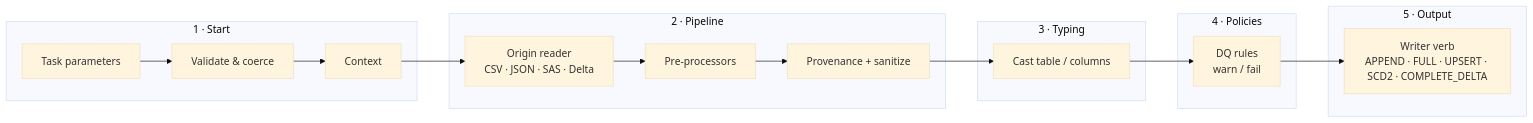
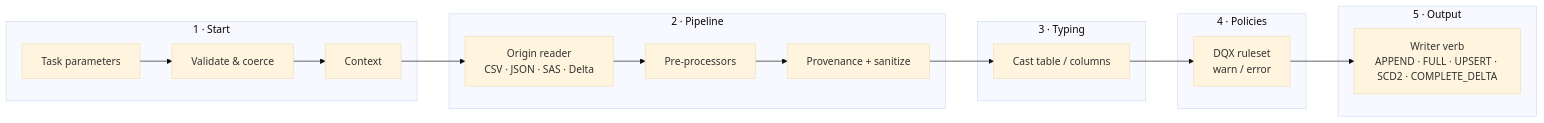
One commit to Escoto/EscotoDataFramework changed the diagram in docs/00_overview.md. Above: the diagram before and after it, drawn with Mermaid (base theme). The commit also changed other lines of this file and 31 other files, not shown here.

````diff
--- a/docs/00_overview.md
+++ b/docs/00_overview.md
@@ -11,20 +11,20 @@
 ```mermaid
 flowchart LR
     subgraph L1[1 · Start]
         A[Task parameters] --> B[Validate & coerce] --> C[Context]
     end
     subgraph L2[2 · Pipeline]
         D[Origin reader<br/>CSV · JSON · SAS · Delta] --> E[Pre-processors] --> F[Provenance + sanitize]
     end
     subgraph L3[3 · Typing]
         G[Cast table / columns]
     end
     subgraph L4[4 · Policies]
-        H[DQ rules<br/>warn / fail]
+        H[DQX ruleset<br/>warn / error]
     end
     subgraph L5[5 · Output]
         I[Writer verb<br/>APPEND · FULL · UPSERT · SCD2 · COMPLETE_DELTA]
     end
     C --> D
     F --> G --> H --> I
 ```
````
